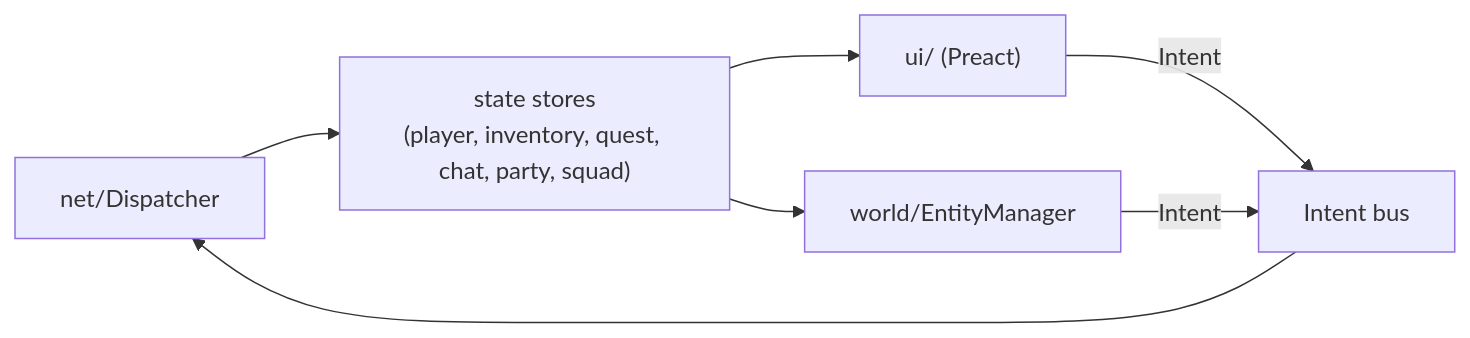
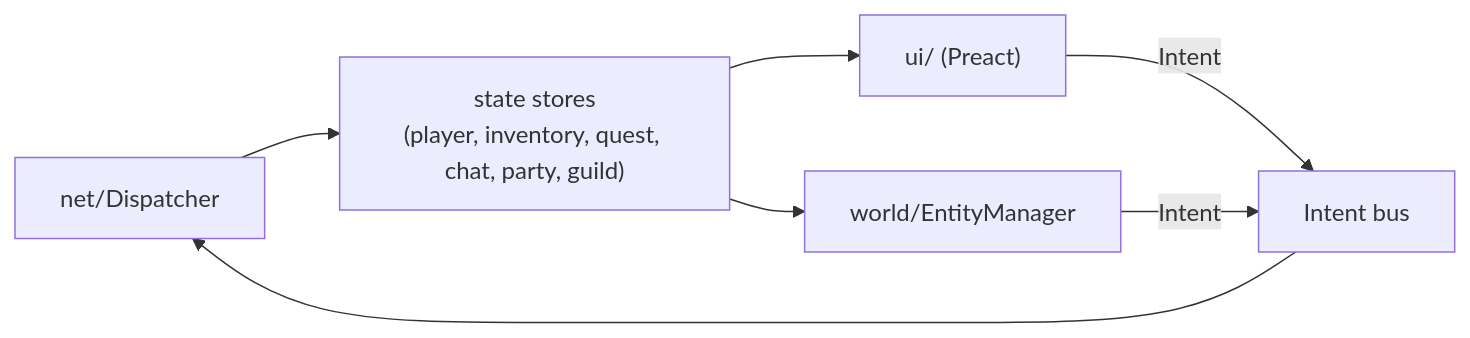
One commit to thehuygnouhk/game-2d changed the second of 2 diagrams in docs/architecture/client-design.md. Above: the diagram before and after it, drawn with Mermaid. The commit also changed 35 other files, not shown here.

````diff
--- a/docs/architecture/client-design.md
+++ b/docs/architecture/client-design.md
@@ -153,9 +153,9 @@
 ```mermaid
 flowchart LR
-    Net["net/Dispatcher"] --> Store["state stores<br/>(player, inventory, quest, chat, party, squad)"]
+    Net["net/Dispatcher"] --> Store["state stores<br/>(player, inventory, quest, chat, party, guild)"]
     Store --> UI["ui/ (Preact)"]
     Store --> World["world/EntityManager"]
     UI -->|"Intent"| Intents["Intent bus"]
     World -->|"Intent"| Intents
     Intents --> Net
 ```
````
